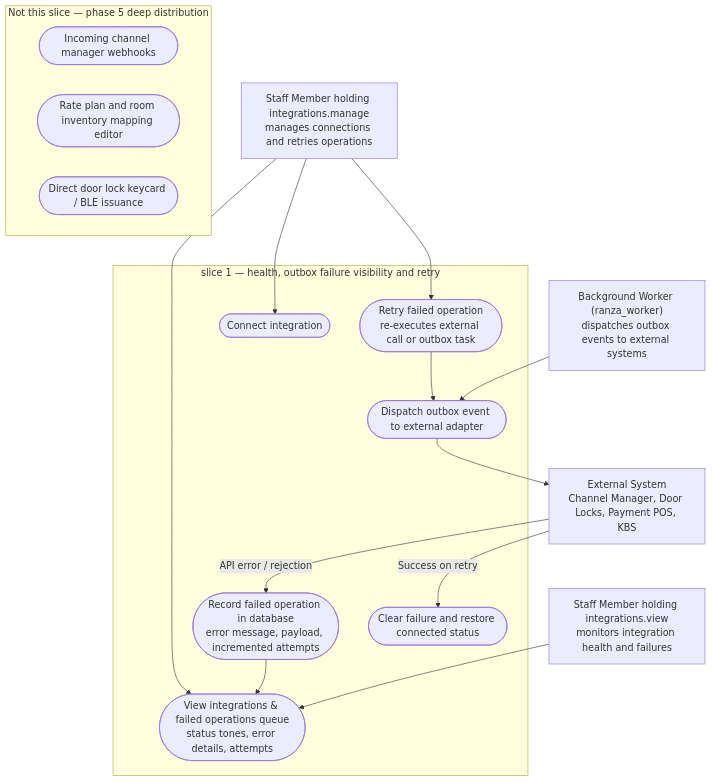
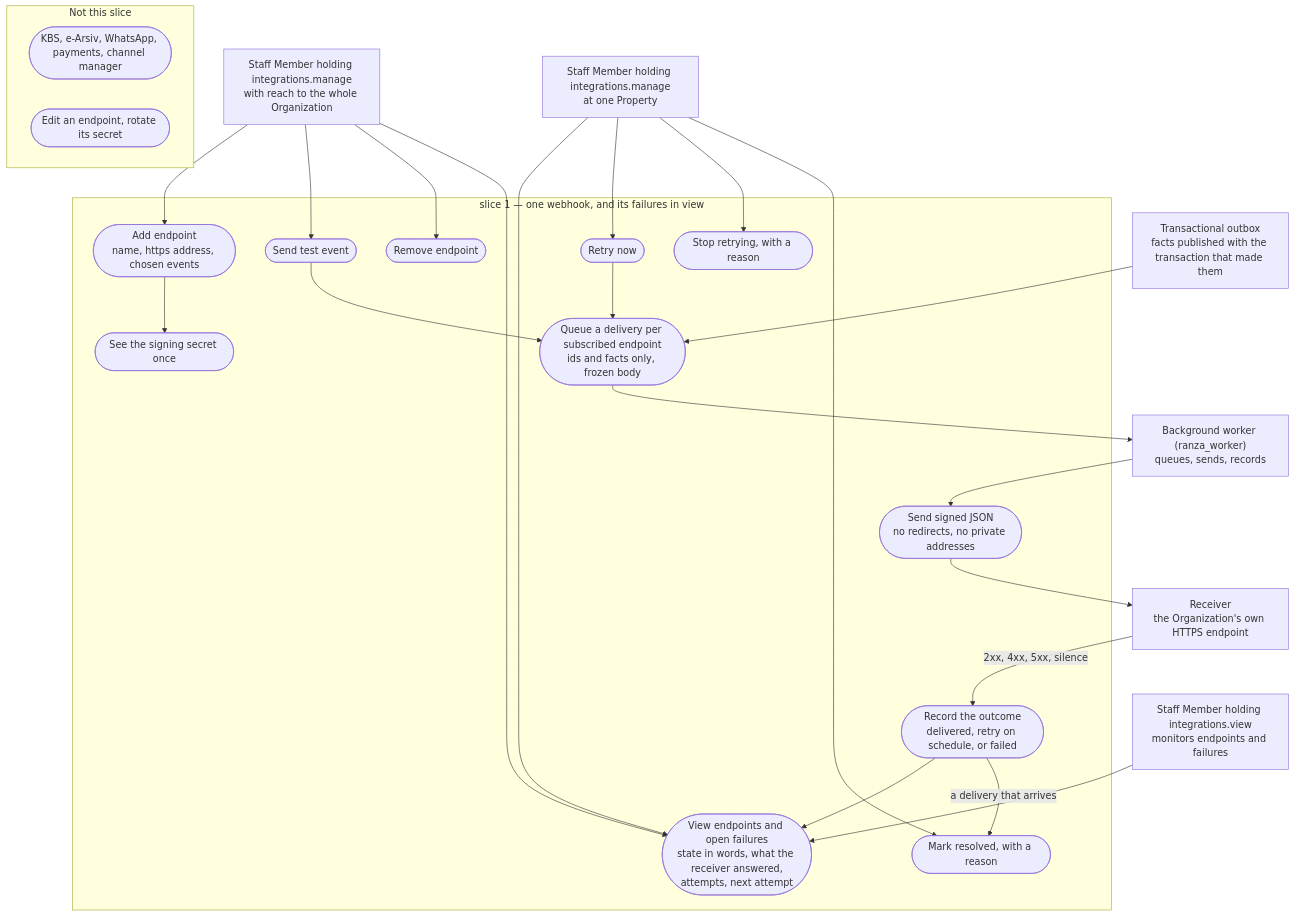
One commit to prizic/ranza changed the diagram in docs/features/integrations/use-case.mmd. Above: the diagram before and after it, drawn with Mermaid. The commit also changed 61 other files, not shown here.

```diff
--- a/docs/features/integrations/use-case.mmd
+++ b/docs/features/integrations/use-case.mmd
@@ -1,38 +1,53 @@
 %% Slices decide implementation order:
-%%   s1 integrations catalogue, live status, outbox failure recording, failed operations visibility, and manual retry
-%%   s2 bidirectional webhook receivers and channel inventory mapping
+%%   s1 one integration, an outbound webhook: register an endpoint, deliver signed events, show failures, retry
+%%   s2 not built: other connectors (INT-DEF-05), an endpoint per Property (INT-DEF-06), editing and rotating (INT-DEF-01/02)
 %% Refusals and contention are test cases, not use cases: they are rows in edge-cases.csv.
 %% State transitions are in states.mmd.
 flowchart TD
 
-  MANAGER["Staff Member holding integrations.manage<br/>manages connections and retries operations"]
-  VIEWER["Staff Member holding integrations.view<br/>monitors integration health and failures"]
-  WORKER["Background Worker (ranza_worker)<br/>dispatches outbox events to external systems"]
-  EXTERNAL["External System<br/>Channel Manager, Door Locks, Payment POS, KBS"]
+  MANAGER["Staff Member holding integrations.manage<br/>with reach to the whole Organization"]
+  PROPERTY_MANAGER["Staff Member holding integrations.manage<br/>at one Property"]
+  VIEWER["Staff Member holding integrations.view<br/>monitors endpoints and failures"]
+  OUTBOX["Transactional outbox<br/>facts published with the transaction that made them"]
+  WORKER["Background worker (ranza_worker)<br/>queues, sends, records"]
+  RECEIVER["Receiver<br/>the Organization's own HTTPS endpoint"]
 
-  subgraph S1["slice 1 &mdash; health, outbox failure visibility and retry"]
-    LIST(["View integrations & failed operations queue<br/>status tones, error details, attempts"])
-    CONNECT(["Connect integration"])
-    DISPATCH(["Dispatch outbox event to external adapter"])
-    RECORD_FAIL(["Record failed operation in database<br/>error message, payload, incremented attempts"])
-    RETRY(["Retry failed operation<br/>re-executes external call or outbox task"])
-    RESOLVE(["Clear failure and restore connected status"])
+  subgraph S1["slice 1 &mdash; one webhook, and its failures in view"]
+    REGISTER(["Add endpoint<br/>name, https address, chosen events"])
+    SECRET(["See the signing secret once"])
+    TEST(["Send test event"])
+    REMOVE(["Remove endpoint"])
+    LIST(["View endpoints and open failures<br/>state in words, what the receiver answered,<br/>attempts, next attempt"])
+    QUEUE(["Queue a delivery per subscribed endpoint<br/>ids and facts only, frozen body"])
+    SEND(["Send signed JSON<br/>no redirects, no private addresses"])
+    RECORD(["Record the outcome<br/>delivered, retry on schedule, or failed"])
+    RETRY(["Retry now"])
+    CANCEL(["Stop retrying, with a reason"])
+    RESOLVE(["Mark resolved, with a reason"])
   end
 
-  subgraph S2["Not this slice &mdash; phase 5 deep distribution"]
-    WEBHOOKS(["Incoming channel manager webhooks"])
-    RATE_MAP(["Rate plan and room inventory mapping editor"])
-    LOCK_KEYS(["Direct door lock keycard / BLE issuance"])
+  subgraph S2["Not this slice"]
+    CONNECTORS(["KBS, e-Arsiv, WhatsApp, payments, channel manager"])
+    EDIT(["Edit an endpoint, rotate its secret"])
   end
 
+  MANAGER --> REGISTER
+  REGISTER --> SECRET
+  MANAGER --> TEST
+  MANAGER --> REMOVE
+  MANAGER --> LIST
+  PROPERTY_MANAGER --> LIST
+  PROPERTY_MANAGER --> RETRY
+  PROPERTY_MANAGER --> CANCEL
+  PROPERTY_MANAGER --> RESOLVE
   VIEWER --> LIST
-  MANAGER --> LIST
-  MANAGER --> CONNECT
-  MANAGER --> RETRY
 
-  WORKER --> DISPATCH
-  DISPATCH --> EXTERNAL
-  EXTERNAL -- "API error / rejection" --> RECORD_FAIL
-  RECORD_FAIL --> LIST
-  RETRY --> DISPATCH
-  EXTERNAL -- "Success on retry" --> RESOLVE
+  OUTBOX --> QUEUE
+  TEST --> QUEUE
+  QUEUE --> WORKER
+  WORKER --> SEND
+  SEND --> RECEIVER
+  RECEIVER -- "2xx, 4xx, 5xx, silence" --> RECORD
+  RECORD --> LIST
+  RETRY --> QUEUE
+  RECORD -- "a delivery that arrives" --> RESOLVE
```
